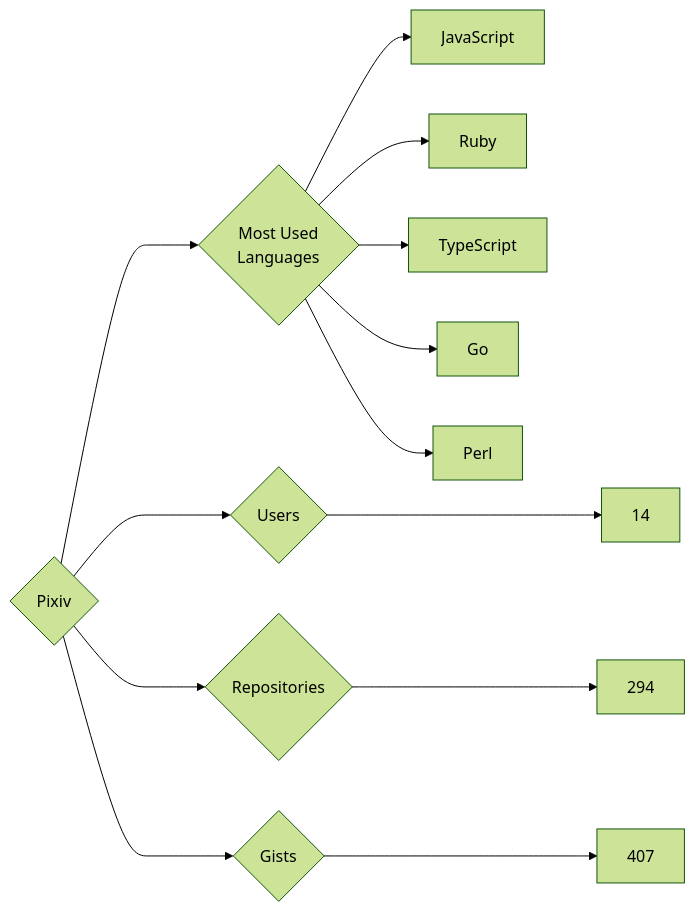
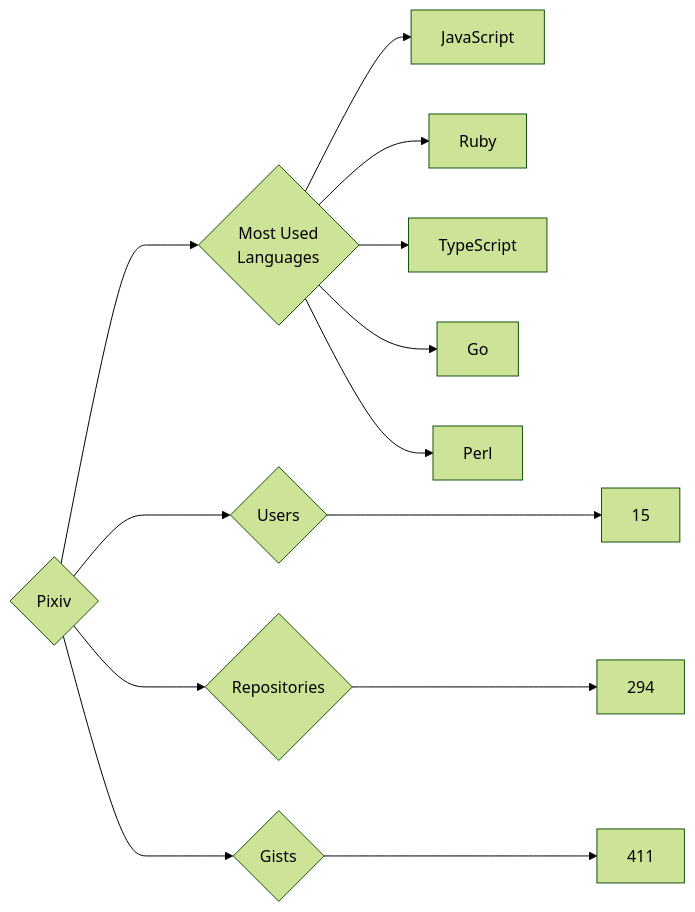
Before and after one commit to trickest/insiders: the diagram in targets/Pixiv/README.md, drawn with Mermaid (forest theme). The commit also changed 970 other files, not shown here.

````diff
--- a/targets/Pixiv/README.md
+++ b/targets/Pixiv/README.md
@@ -3,13 +3,13 @@
 ```mermaid
 graph LR
 COMPANY_NAME{Pixiv}
-COMPANY_NAME ---> U{Users} ---> UN[14]
+COMPANY_NAME ---> U{Users} ---> UN[15]
 COMPANY_NAME ---> R{Repositories} ---> RN[294]
-COMPANY_NAME ---> G{Gists} ---> GN[407]
+COMPANY_NAME ---> G{Gists} ---> GN[411]
 COMPANY_NAME ---> ML{Most Used<br>Languages}
 ML --> JavaScript[JavaScript]
 ML --> Ruby[Ruby]
 ML --> TypeScript[TypeScript]
 ML --> Go[Go]
 ML --> Perl[Perl]
 ```
````
